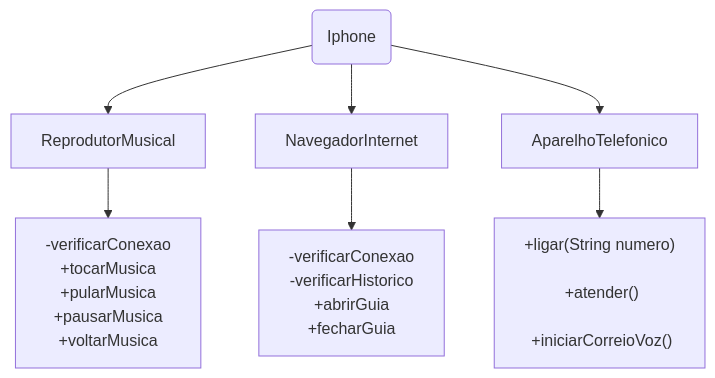
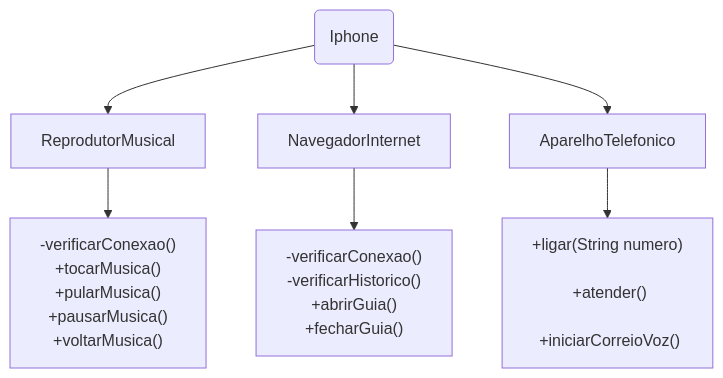
Before and after one commit to NeoVitu/UML-POO-JAVA: the diagram in Untitled diagram-2024-10-17-180055.mmd, drawn with Mermaid.

Commit message:
DiagramaIphone2007.mmd

```diff
--- a/Untitled diagram-2024-10-17-180055.mmd
+++ b/Untitled diagram-2024-10-17-180055.mmd
@@ -1,13 +1,13 @@
 ---
 config:
   theme: mc
   look: classic
   layout: fixed
 ---
 flowchart TD
     B("Iphone") --> n5["ReprodutorMusical"] & n6["NavegadorInternet"] & n7["AparelhoTelefonico"]
-    n5 --> n8["-verificarConexao<br>+tocarMusica<br>+pularMusica<br>+pausarMusica<br>+voltarMusica"]
-    n6 --> n9["-verificarConexao<br>-verificarHistorico<br>+abrirGuia<br>+fecharGuia"]
+    n5 --> n8["-verificarConexao()<br>+tocarMusica()<br>+pularMusica()<br>+pausarMusica()<br>+voltarMusica()"]
+    n6 --> n9["-verificarConexao()<br>-verificarHistorico()<br>+abrirGuia()<br>+fecharGuia()"]
     n7 --> n10["+ligar(String numero)
 <br>&nbsp;+atender()
 <br>&nbsp;+iniciarCorreioVoz()<br>"]
```
